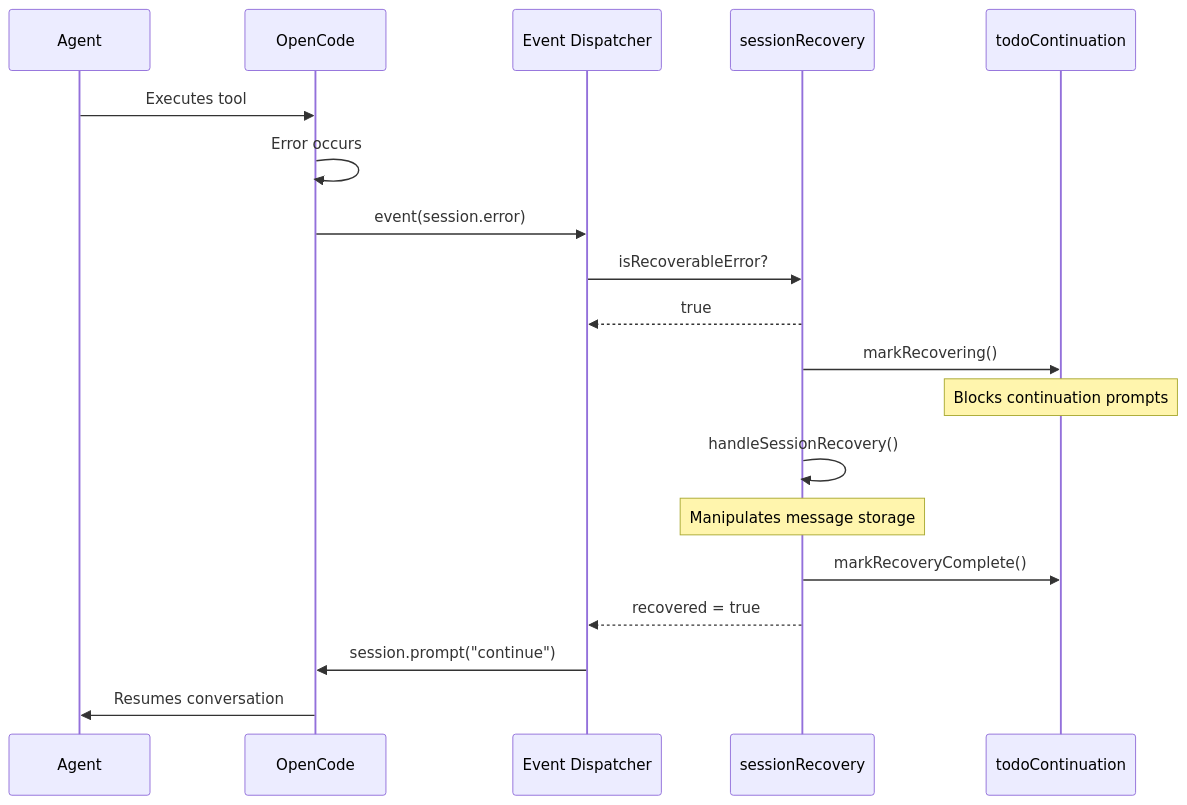
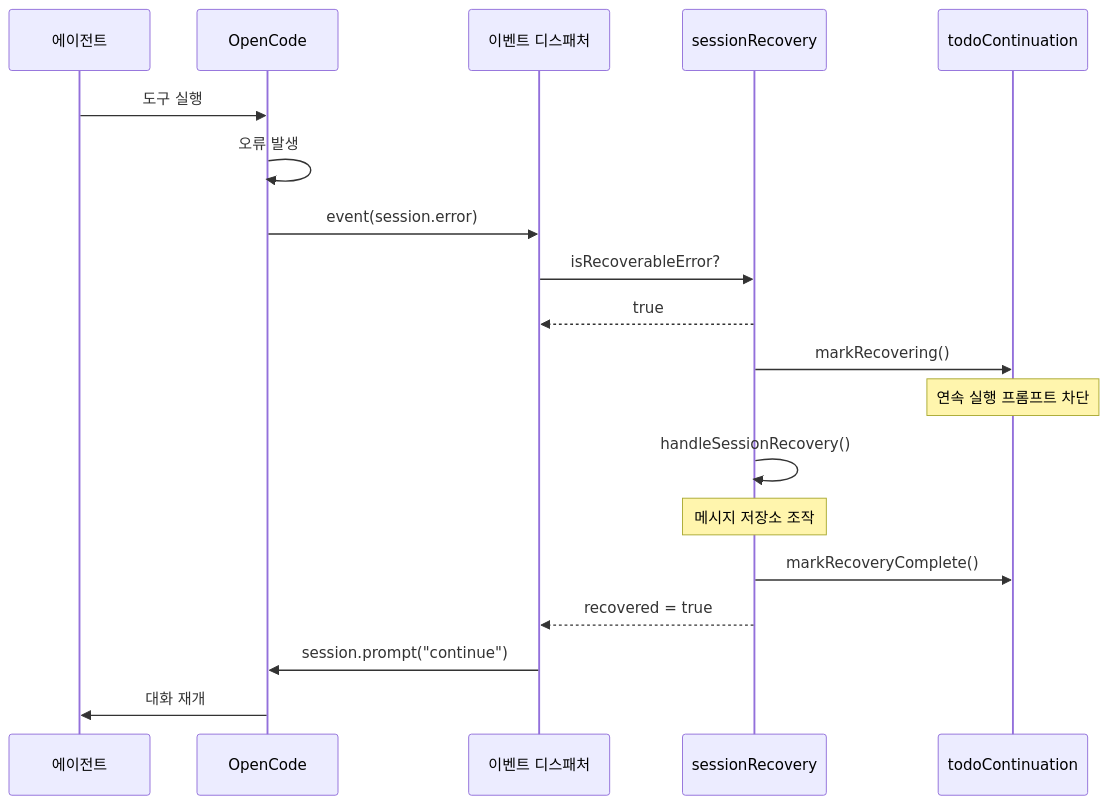
Before and after one commit to felipetruman/oh-my-opencode-docs: the ninth of 11 diagrams in docs/architecture/event-handling.md, drawn with Mermaid. The commit also changed other lines of this file and 76 other files, not shown here.

````diff
--- a/docs/architecture/event-handling.md
+++ b/docs/architecture/event-handling.md
@@ -596,22 +582,22 @@
 ```mermaid
 sequenceDiagram
-  participant p1 as Agent
+  participant p1 as 에이전트
   participant p2 as OpenCode
-  participant p3 as Event Dispatcher
+  participant p3 as 이벤트 디스패처
   participant p4 as sessionRecovery
   participant p5 as todoContinuation
 
-  p1->>p2: Executes tool
-  p2->>p2: Error occurs
+  p1->>p2: 도구 실행
+  p2->>p2: 오류 발생
   p2->>p3: event(session.error)
   p3->>p4: isRecoverableError?
   p4-->>p3: true
   p4->>p5: markRecovering()
-  note over p5: Blocks continuation prompts
+  note over p5: 연속 실행 프롬프트 차단
   p4->>p4: handleSessionRecovery()
-  note over p4: Manipulates message storage
+  note over p4: 메시지 저장소 조작
   p4->>p5: markRecoveryComplete()
   p4-->>p3: recovered = true
   p3->>p2: session.prompt("continue")
-  p2->>p1: Resumes conversation
+  p2->>p1: 대화 재개
 ```
````
